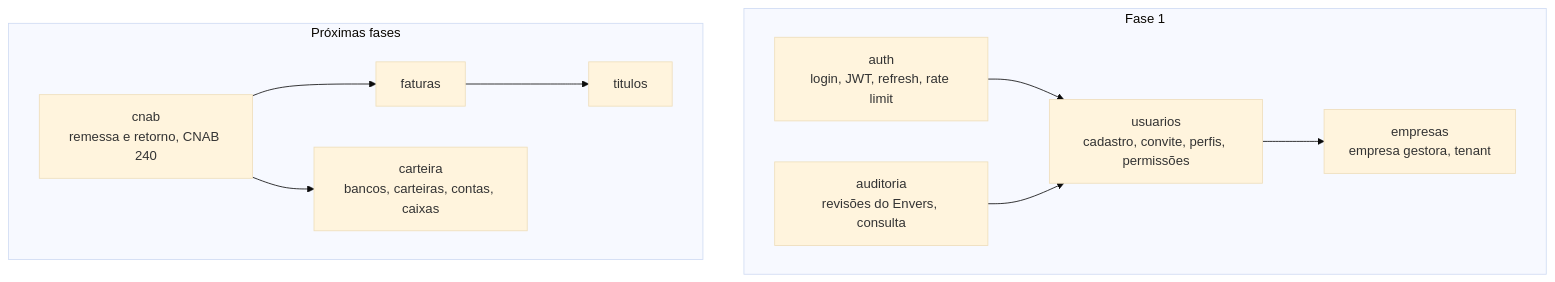
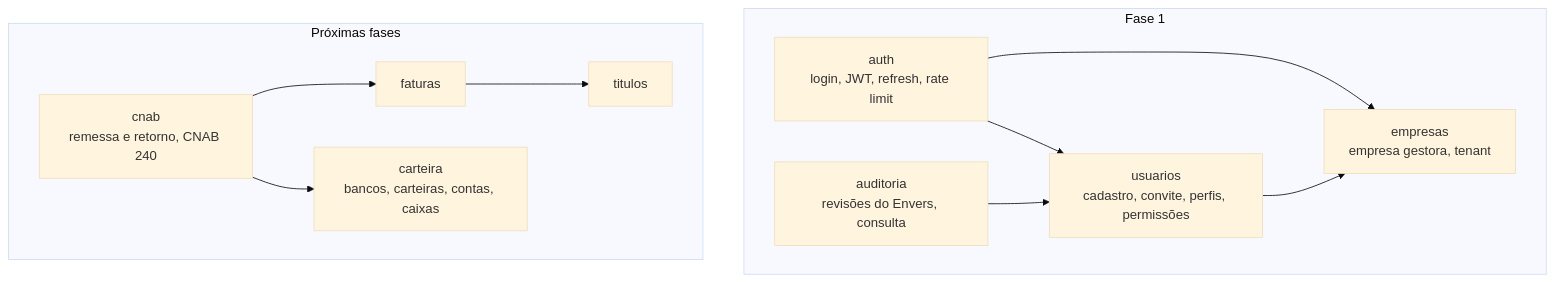
Before and after one commit to Titulize/boleto-docs: the diagram in site/docs/arquitetura/modulos-backend.md, drawn with Mermaid (base theme). The commit also changed other lines of this file and 23 other files, not shown here.

````diff
--- a/site/docs/arquitetura/modulos-backend.md
+++ b/site/docs/arquitetura/modulos-backend.md
@@ -10,23 +10,24 @@
 ```mermaid
 flowchart TB
   subgraph fase1["Fase 1"]
     auth["auth<br/>login, JWT, refresh, rate limit"]
     usuarios["usuarios<br/>cadastro, convite, perfis, permissões"]
     empresas["empresas<br/>empresa gestora, tenant"]
     auditoria["auditoria<br/>revisões do Envers, consulta"]
   end
 
   subgraph proximas["Próximas fases"]
     titulos["titulos"]
     faturas["faturas"]
     carteira["carteira<br/>bancos, carteiras, contas, caixas"]
     cnab["cnab<br/>remessa e retorno, CNAB 240"]
   end
 
   auth --> usuarios
+  auth --> empresas
   usuarios --> empresas
   auditoria --> usuarios
   faturas --> titulos
   cnab --> faturas
   cnab --> carteira
 ```
````
